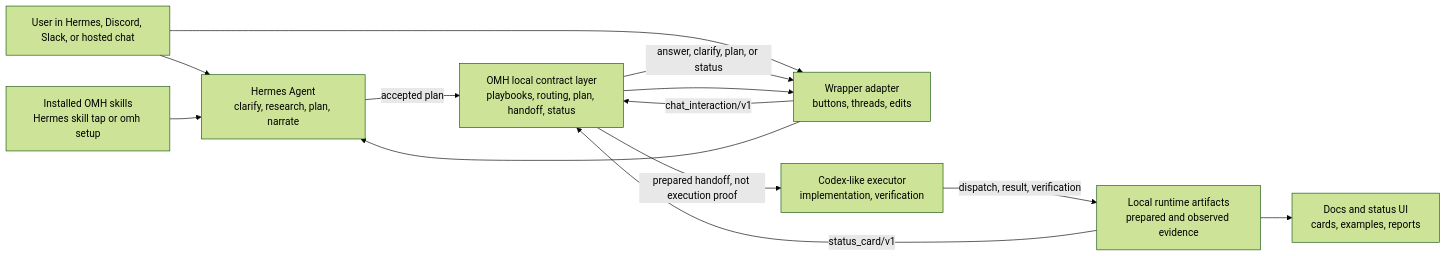
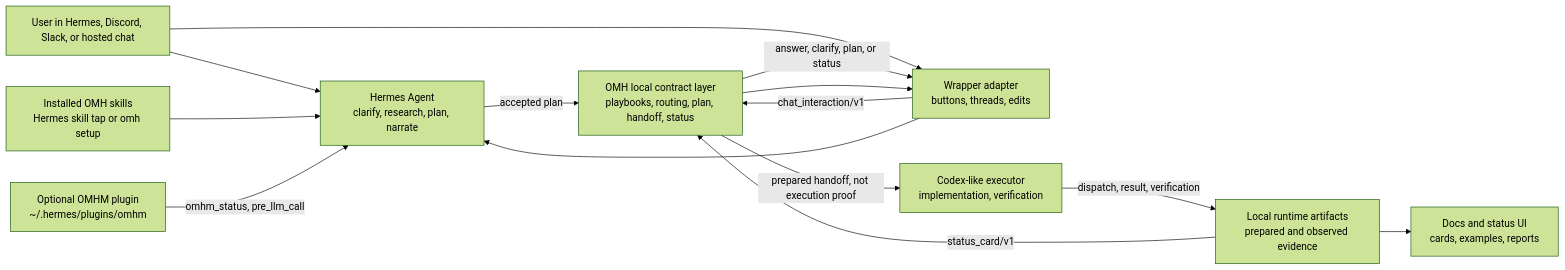
One commit to rlaope/oh-my-hermes-agent changed the diagram in docs/ARCHITECTURE.md. Above: the diagram before and after it, drawn with Mermaid (forest theme). The commit also changed other lines of this file and 23 other files, not shown here.

First line of the commit message:
Make OMHM plugin distribution opt-in and evidence-bounded

````diff
--- a/docs/ARCHITECTURE.md
+++ b/docs/ARCHITECTURE.md
@@ -29,24 +30,26 @@
 ```mermaid
 flowchart LR
   user["User in Hermes, Discord, Slack, or hosted chat"]
   skills["Installed OMH skills\nHermes skill tap or omh setup"]
+  plugin["Optional OMHM plugin\n~/.hermes/plugins/omhm"]
   wrapper["Wrapper adapter\nbuttons, threads, edits"]
   omh["OMH local contract layer\nplaybooks, routing, plan, handoff, status"]
   hermes["Hermes Agent\nclarify, research, plan, narrate"]
   executor["Codex-like executor\nimplementation, verification"]
   runtime["Local runtime artifacts\nprepared and observed evidence"]
   site["Docs and status UI\ncards, examples, reports"]
 
   user --> hermes
   skills --> hermes
+  plugin -->|"omhm_status, pre_llm_call"| hermes
   user --> wrapper
   wrapper -->|"chat_interaction/v1"| omh
   omh -->|"answer, clarify, plan, or status"| wrapper
   wrapper --> hermes
   hermes -->|"accepted plan"| omh
   omh -->|"prepared handoff, not execution proof"| executor
   executor -->|"dispatch, result, verification"| runtime
   runtime -->|"status_card/v1"| omh
   omh --> wrapper
   runtime --> site
 ```
````
